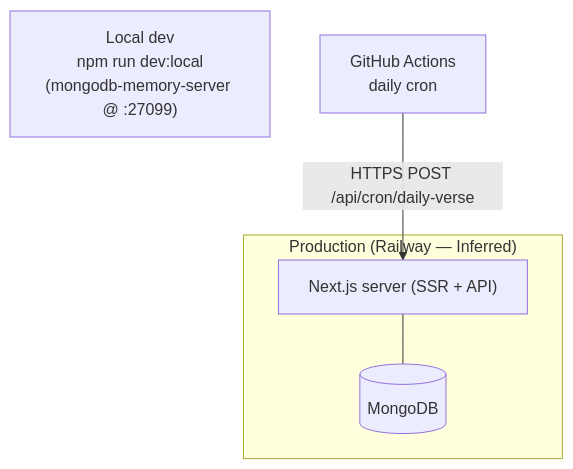
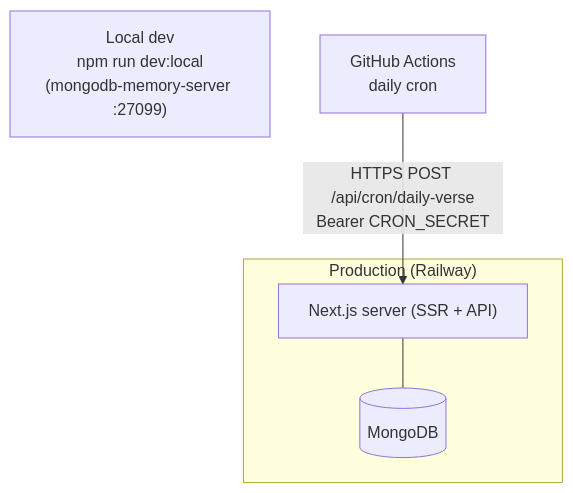
Before and after one commit to dooddles07/CYA-DV: the diagram in docs/DEPLOYMENT.md, drawn with Mermaid. The commit also changed other lines of this file, not shown here.

Commit message:
docs(deployment): rewrite DEPLOYMENT.md as full production deploy guide (17 sections, real stack + reference templates)

````diff
--- a/docs/DEPLOYMENT.md
+++ b/docs/DEPLOYMENT.md
@@ -11,11 +83,11 @@
 ```mermaid
 graph TB
-  Dev["Local dev<br/>npm run dev:local<br/>(mongodb-memory-server @ :27099)"]
-  subgraph Prod["Production (Railway — Inferred)"]
+  Dev["Local dev<br/>npm run dev:local<br/>(mongodb-memory-server :27099)"]
+  subgraph Prod["Production (Railway)"]
     App["Next.js server (SSR + API)"]
     Mongo[("MongoDB")]
   end
   GH["GitHub Actions<br/>daily cron"]
   App --- Mongo
-  GH -->|HTTPS POST /api/cron/daily-verse| App
+  GH -->|HTTPS POST /api/cron/daily-verse<br/>Bearer CRON_SECRET| App
 ```
````
